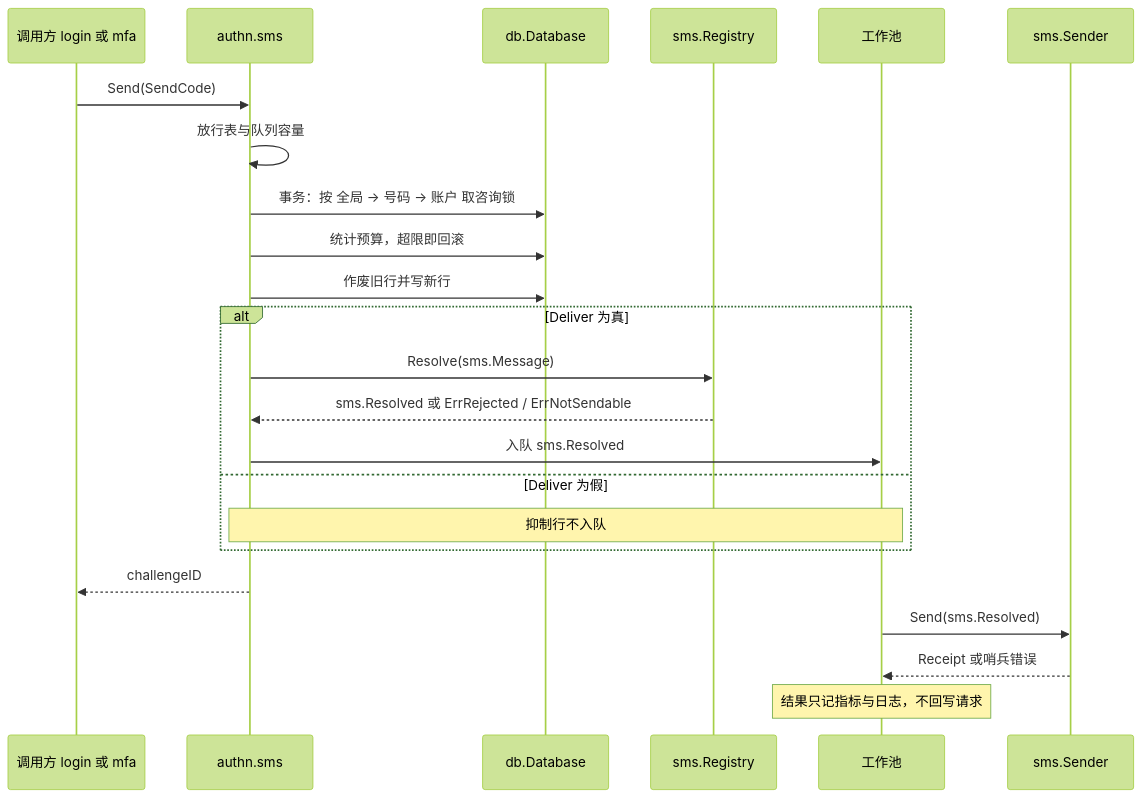
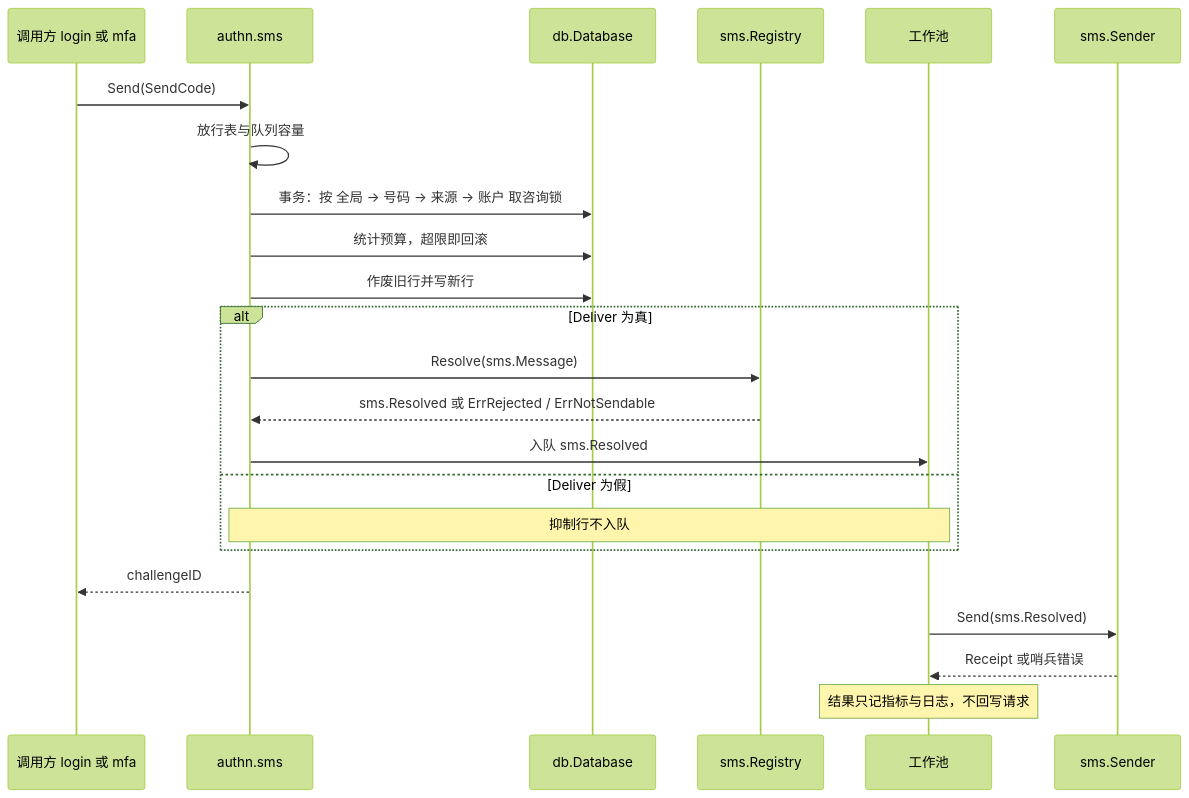
One commit to wangzw/speed changed the second of 4 diagrams in docs/design/modules/authn/design-authn-sms.md. Above: the diagram before and after it, drawn with Mermaid (forest theme). The commit also changed other lines of this file and 32 other files, not shown here.

````diff
--- a/docs/design/modules/authn/design-authn-sms.md
+++ b/docs/design/modules/authn/design-authn-sms.md
@@ -198,25 +202,25 @@
 ```mermaid
 sequenceDiagram
     participant C as 调用方 login 或 mfa
     participant S as authn.sms
     participant D as db.Database
     participant R as sms.Registry
     participant P as 工作池
     participant V as sms.Sender
     C->>S: Send(SendCode)
     S->>S: 放行表与队列容量
-    S->>D: 事务：按 全局 → 号码 → 账户 取咨询锁
+    S->>D: 事务：按 全局 → 号码 → 来源 → 账户 取咨询锁
     S->>D: 统计预算，超限即回滚
     S->>D: 作废旧行并写新行
     alt Deliver 为真
         S->>R: Resolve(sms.Message)
         R-->>S: sms.Resolved 或 ErrRejected / ErrNotSendable
         S->>P: 入队 sms.Resolved
     else Deliver 为假
         Note over S,P: 抑制行不入队
     end
     S-->>C: challengeID
     P->>V: Send(sms.Resolved)
     V-->>P: Receipt 或哨兵错误
     Note over P: 结果只记指标与日志，不回写请求
 ```
````
